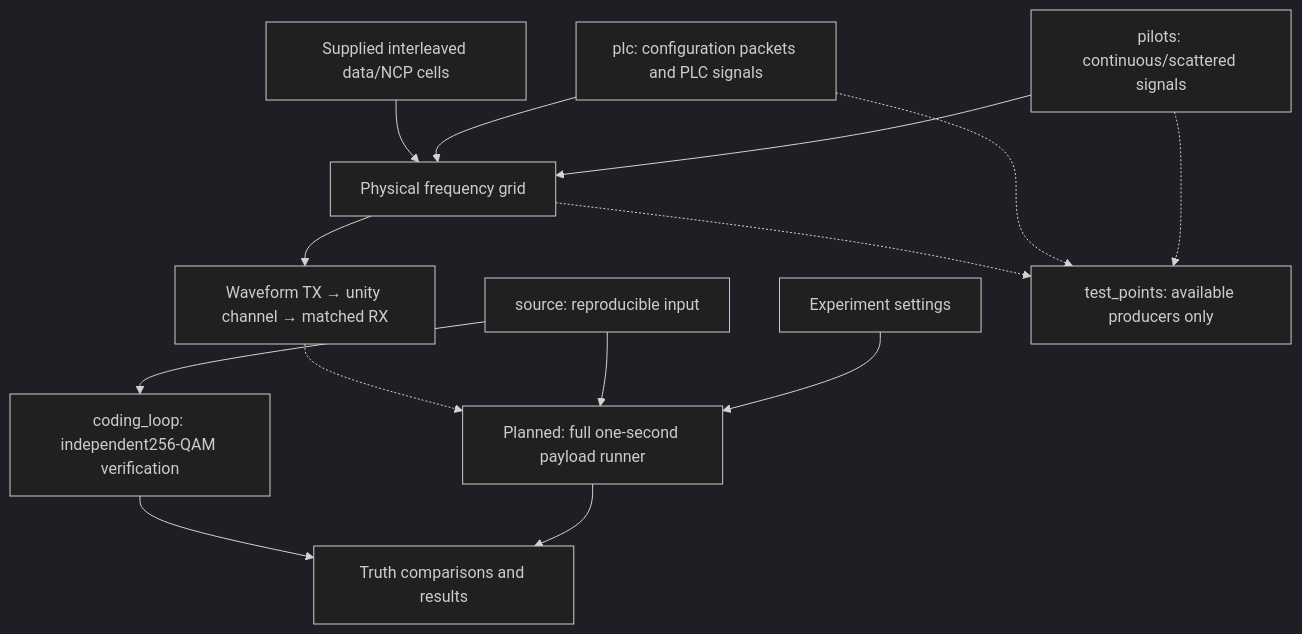
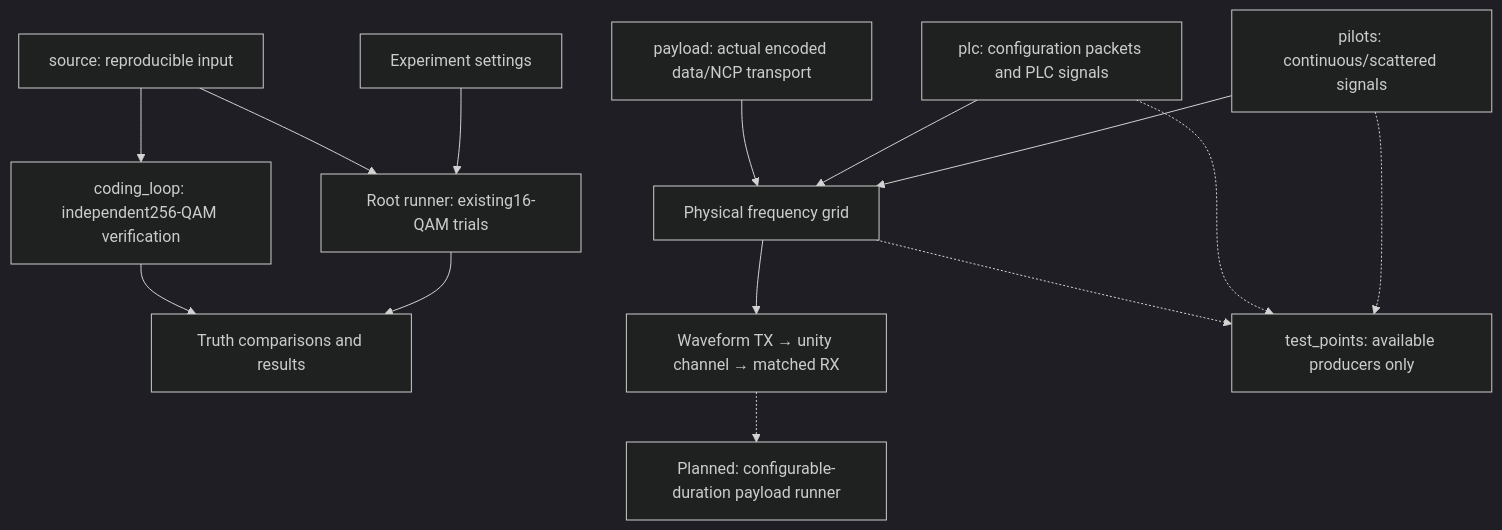
One commit to mgarcia01752/merlin changed the diagram in docs/user/simulation/README.md. Above: the diagram before and after it, drawn with Mermaid (dark theme). The commit also changed other lines of this file and 65 other files, not shown here.

````diff
--- a/docs/user/simulation/README.md
+++ b/docs/user/simulation/README.md
@@ -22,16 +23,16 @@
 ```mermaid
 flowchart TB
     INPUT["Experiment settings"] --> RUN["Root runner: existing16-QAM trials"]
     SOURCE["source: reproducible input"] --> RUN
     SOURCE --> LOOP["coding_loop: independent256-QAM verification"]
     RUN --> RESULTS["Truth comparisons and results"]
     LOOP --> RESULTS
     PILOTS["pilots: continuous/scattered signals"] --> GRID["Physical frequency grid"]
     PLC["plc: configuration packets and PLC signals"] --> GRID
-    CELLS["Supplied interleaved data/NCP cells"] --> GRID
+    CELLS["payload: actual encoded data/NCP transport"] --> GRID
     GRID --> WAVE["Waveform TX → unity channel → matched RX"]
-    WAVE -.-> RUN["Planned: full one-second payload runner"]
+    WAVE -.-> FUTURE["Planned: configurable-duration payload runner"]
     PILOTS -.-> POINTS["test_points: available producers only"]
     PLC -.-> POINTS
     GRID -.-> POINTS
 ```
````
